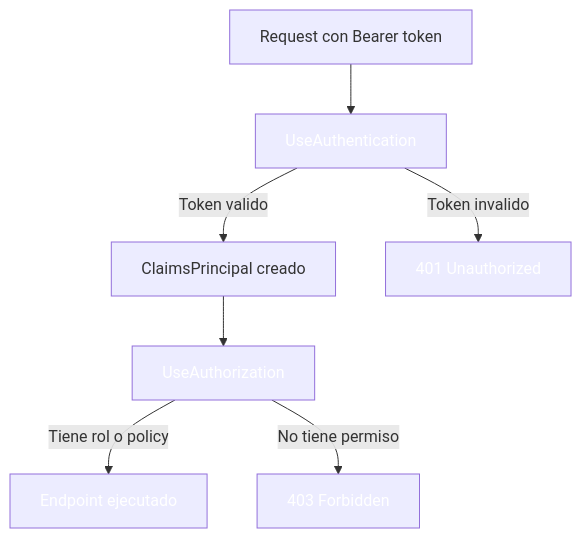
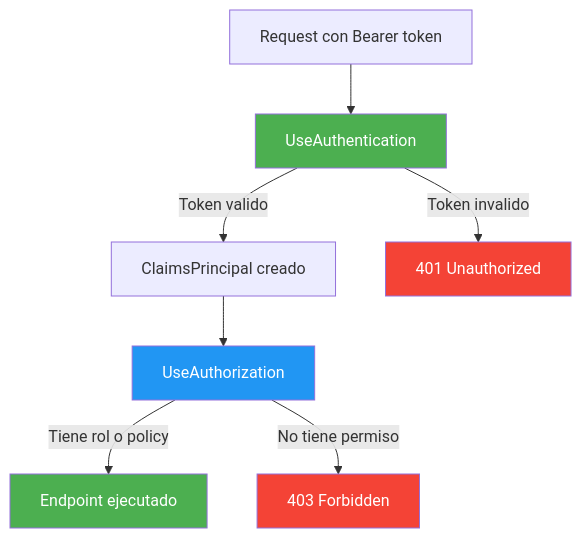
Diagram 11 of 14 in 17-autorizacion.md (joseluisgs/DesarrolloWebEntornosServidor-02-2026-2027), drawn with Mermaid before and after one commit. The commit also changed other lines of this file and 29 other files, not shown here.

Commit message:
docs: corregir estilos Mermaid y estilo, quitar referencias a la Tienda y reestructurar los retos 13 y 15

````diff
--- a/17-autorizacion.md
+++ b/17-autorizacion.md
@@ -531,15 +531,15 @@
 ```mermaid
 flowchart TD
     REQ[Request con Bearer token] --> AUTH[UseAuthentication]
     AUTH -->|Token valido| CP[ClaimsPrincipal creado]
     AUTH -->|Token invalido| R401[401 Unauthorized]
     CP --> AUTHZ[UseAuthorization]
     AUTHZ -->|Tiene rol o policy| OK[Endpoint ejecutado]
     AUTHZ -->|No tiene permiso| R403[403 Forbidden]
 
-    style AUTH fill:#4CAF5,color:#fff0,color:#fff
-    style AUTHZ fill:#2196F,color:#fff3,color:#fff
-    style R401 fill:#f4433,color:#fff6,color:#fff
-    style R403 fill:#f4433,color:#fff6,color:#fff
-    style OK fill:#4CAF5,color:#fff0,color:#fff
+    style AUTH fill:#4CAF50,color:#fff
+    style AUTHZ fill:#2196F3,color:#fff
+    style R401 fill:#f44336,color:#fff
+    style R403 fill:#f44336,color:#fff
+    style OK fill:#4CAF50,color:#fff
 ```
````
